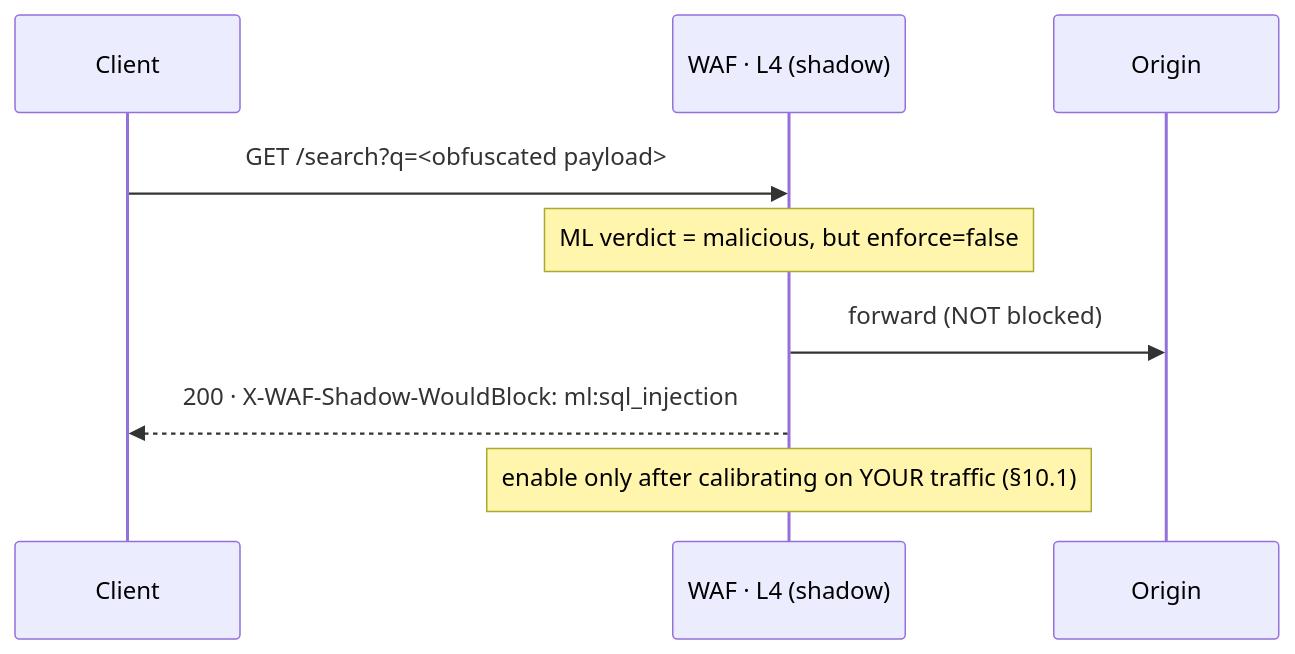
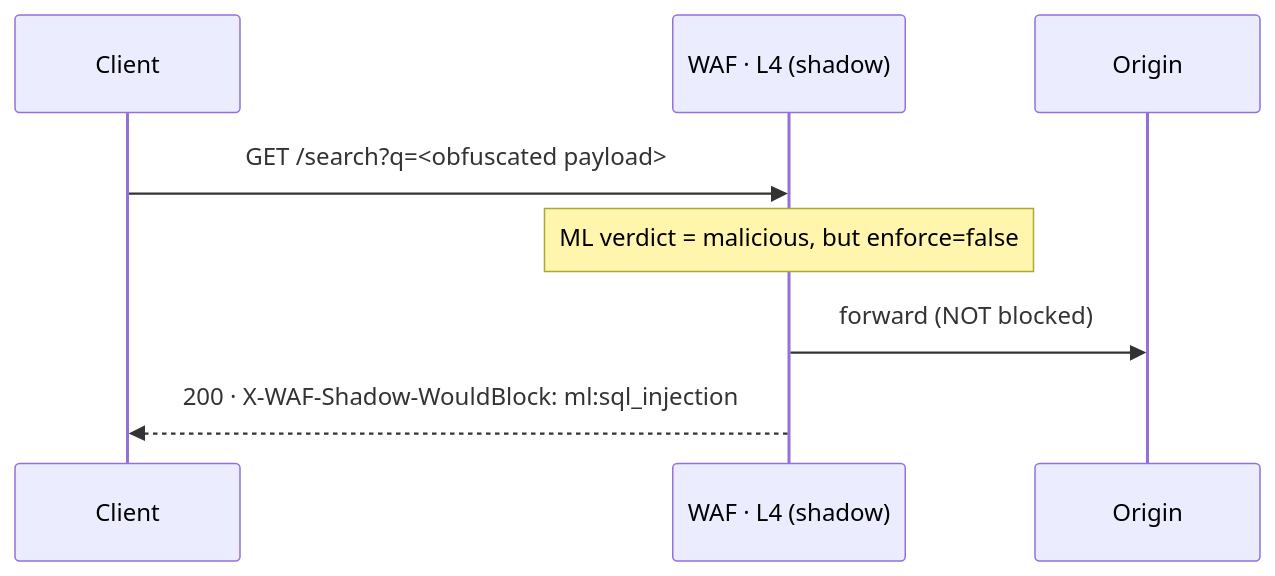
The sixth of 7 diagrams in README.md (SaiBhujbal/Mirage), drawn with Mermaid before and after one commit. The commit also changed other lines of this file and 8 other files, not shown here.

````diff
--- a/README.md
+++ b/README.md
@@ -303,11 +175,10 @@
 ```mermaid
 sequenceDiagram
     participant A as Client
     participant W as WAF · L4 (shadow)
     participant O as Origin
     A->>W: GET /search?q=<obfuscated payload>
     Note over W: ML verdict = malicious, but enforce=false
     W->>O: forward (NOT blocked)
     W-->>A: 200 · X-WAF-Shadow-WouldBlock: ml:sql_injection
-    Note over W: enable only after calibrating on YOUR traffic (§10.1)
 ```
````
